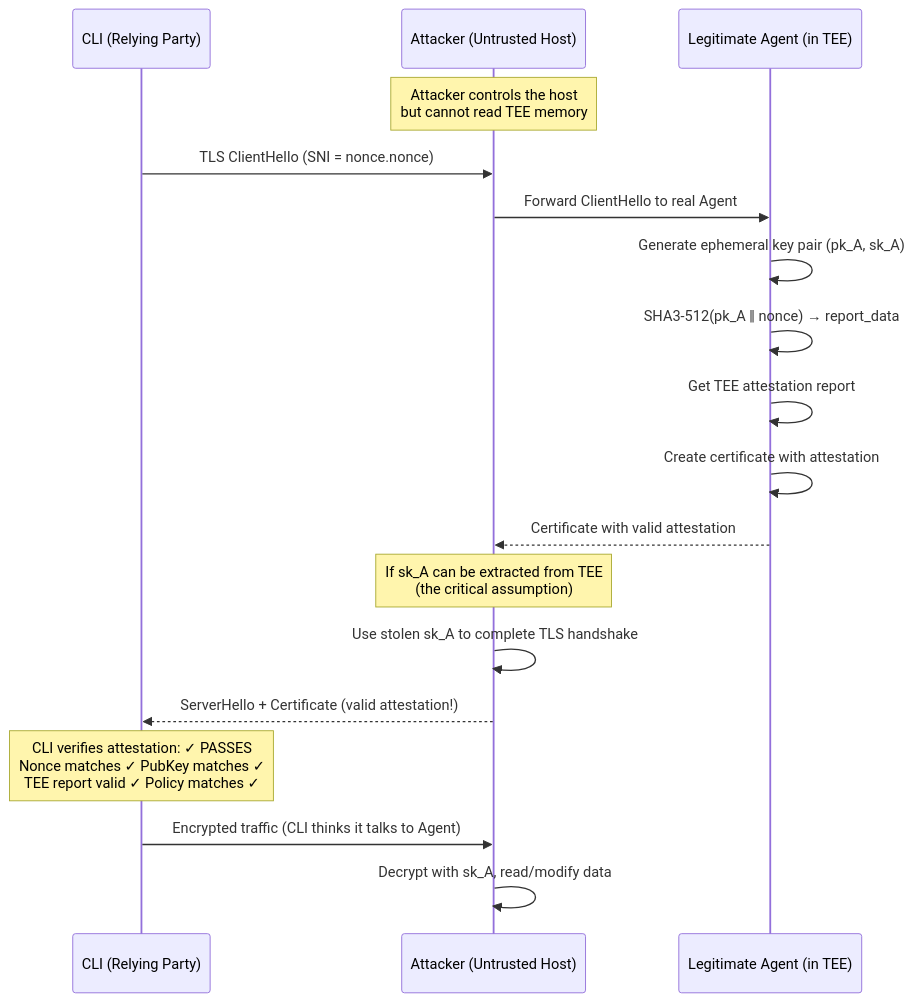
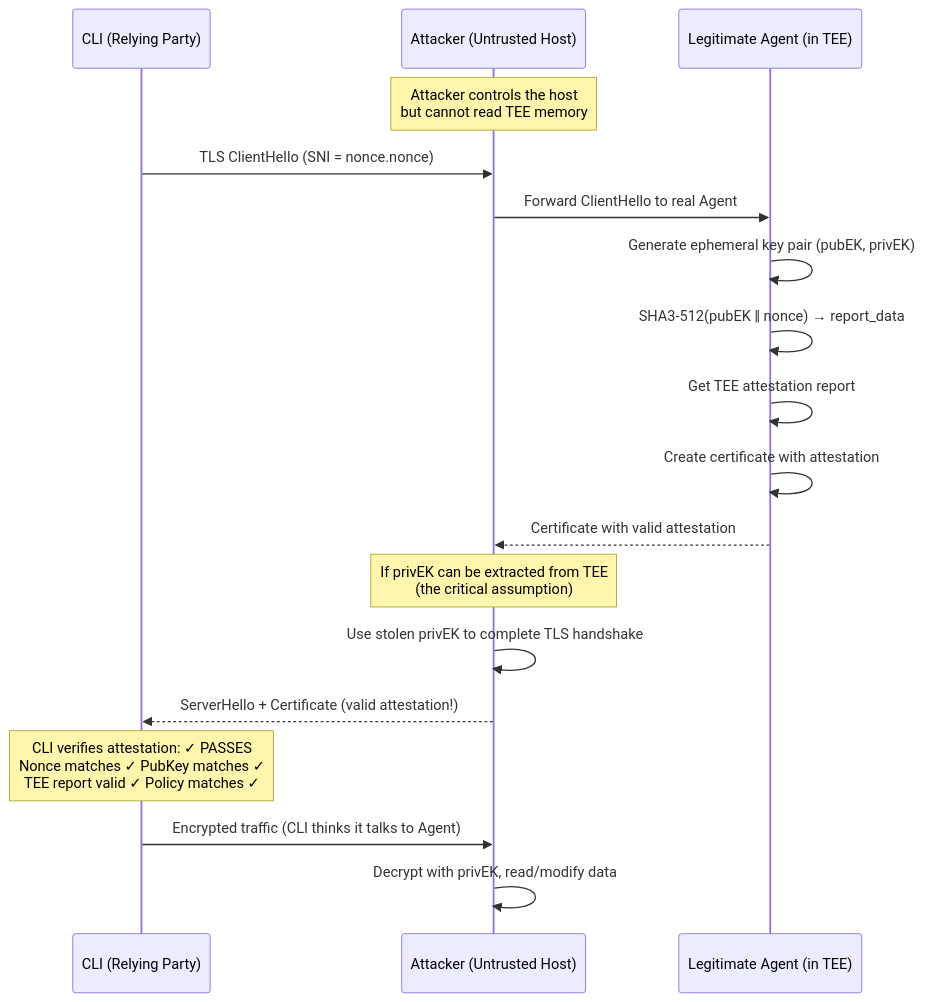
Before and after one commit to ultravioletrs/website: the fifth of 5 diagrams in content/blogs/tee-tls-privacy.md, drawn with Mermaid. The commit also changed other lines of this file and 2 other files, not shown here.

Commit message:
docs: Update 'TEE TLS Privacy' blog post with clarifications, corrections, and reference updates.

````diff
--- a/content/blogs/tee-tls-privacy.md
+++ b/content/blogs/tee-tls-privacy.md
@@ -342,27 +342,27 @@
 ```mermaid
 sequenceDiagram
     participant CLI as CLI (Relying Party)
     participant Attacker as Attacker (Untrusted Host)
     participant Agent as Legitimate Agent (in TEE)
     
     Note over Attacker: Attacker controls the host<br/>but cannot read TEE memory
     
     CLI->>Attacker: TLS ClientHello (SNI = nonce.nonce)
     
     Attacker->>Agent: Forward ClientHello to real Agent
-    Agent->>Agent: Generate ephemeral key pair (pk_A, sk_A)
-    Agent->>Agent: SHA3-512(pk_A ‖ nonce) → report_data
+    Agent->>Agent: Generate ephemeral key pair (pubEK, privEK)
+    Agent->>Agent: SHA3-512(pubEK ‖ nonce) → report_data
     Agent->>Agent: Get TEE attestation report
     Agent->>Agent: Create certificate with attestation
     Agent-->>Attacker: Certificate with valid attestation
     
-    Note over Attacker: If sk_A can be extracted from TEE<br/>(the critical assumption)
+    Note over Attacker: If privEK can be extracted from TEE<br/>(the critical assumption)
     
-    Attacker->>Attacker: Use stolen sk_A to complete TLS handshake
+    Attacker->>Attacker: Use stolen privEK to complete TLS handshake
     Attacker-->>CLI: ServerHello + Certificate (valid attestation!)
     
     Note over CLI: CLI verifies attestation: ✓ PASSES<br/>Nonce matches ✓ PubKey matches ✓<br/>TEE report valid ✓ Policy matches ✓
     
     CLI->>Attacker: Encrypted traffic (CLI thinks it talks to Agent)
-    Attacker->>Attacker: Decrypt with sk_A, read/modify data
+    Attacker->>Attacker: Decrypt with privEK, read/modify data
 ```
````
